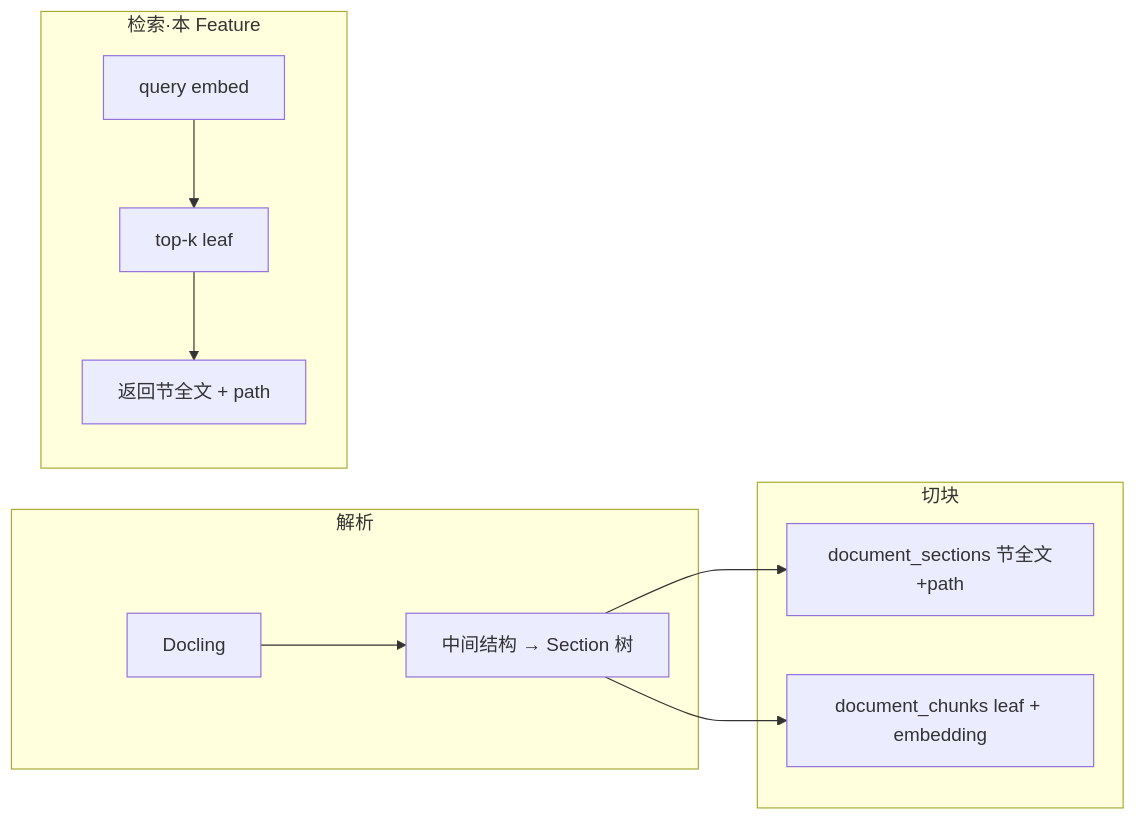
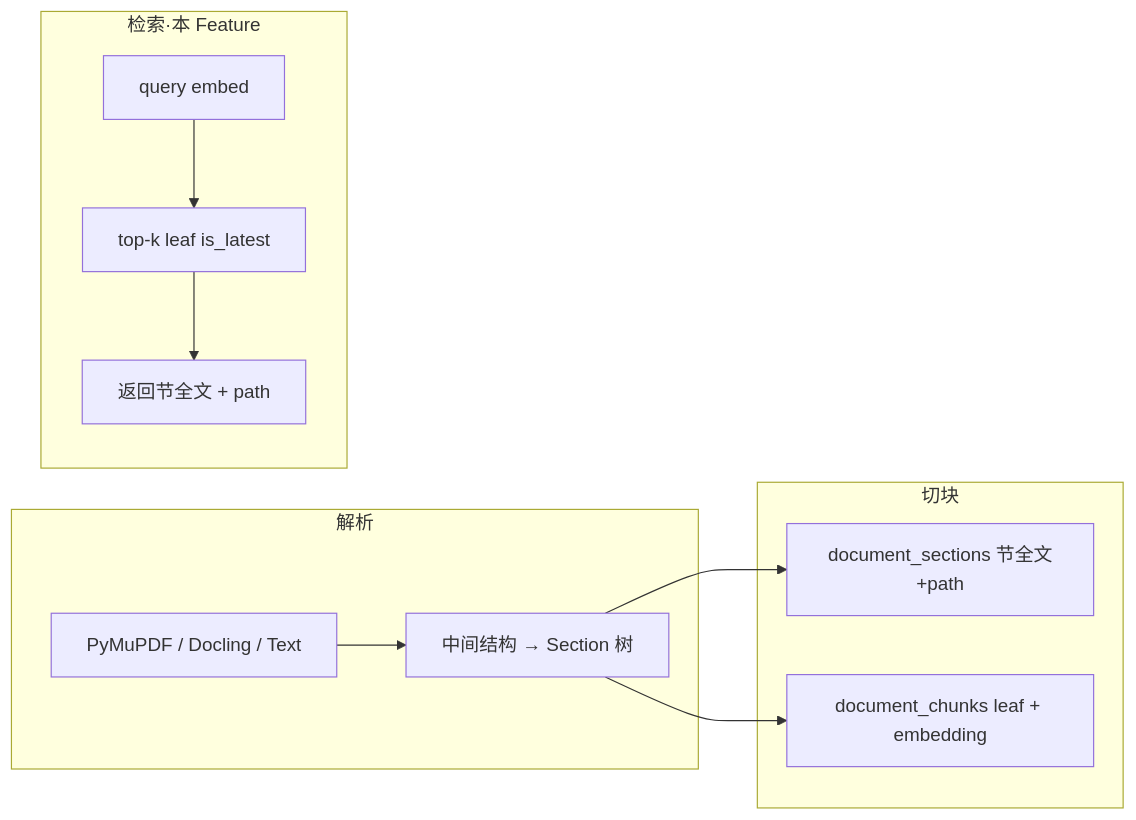
One commit to zmisi/rag-as-service changed the third of 3 diagrams in docs/specs/phase1/features/F04-doc-indexing.md. Above: the diagram before and after it, drawn with Mermaid. The commit also changed other lines of this file and 48 other files, not shown here.

````diff
--- a/docs/specs/phase1/features/F04-doc-indexing.md
+++ b/docs/specs/phase1/features/F04-doc-indexing.md
@@ -54,14 +85,14 @@
 ```mermaid
 flowchart LR
   subgraph parse [解析]
-    Docling --> Units[中间结构 → Section 树]
+    Routes[PyMuPDF / Docling / Text] --> Units[中间结构 → Section 树]
   end
   subgraph chunk [切块]
     Units --> Sec[document_sections 节全文+path]
     Units --> Leaf[document_chunks leaf + embedding]
   end
   subgraph search [检索·本 Feature]
-    Q[query embed] --> Hit[top-k leaf]
+    Q[query embed] --> Hit[top-k leaf is_latest]
     Hit --> Out[返回节全文 + path]
   end
 ```
````
